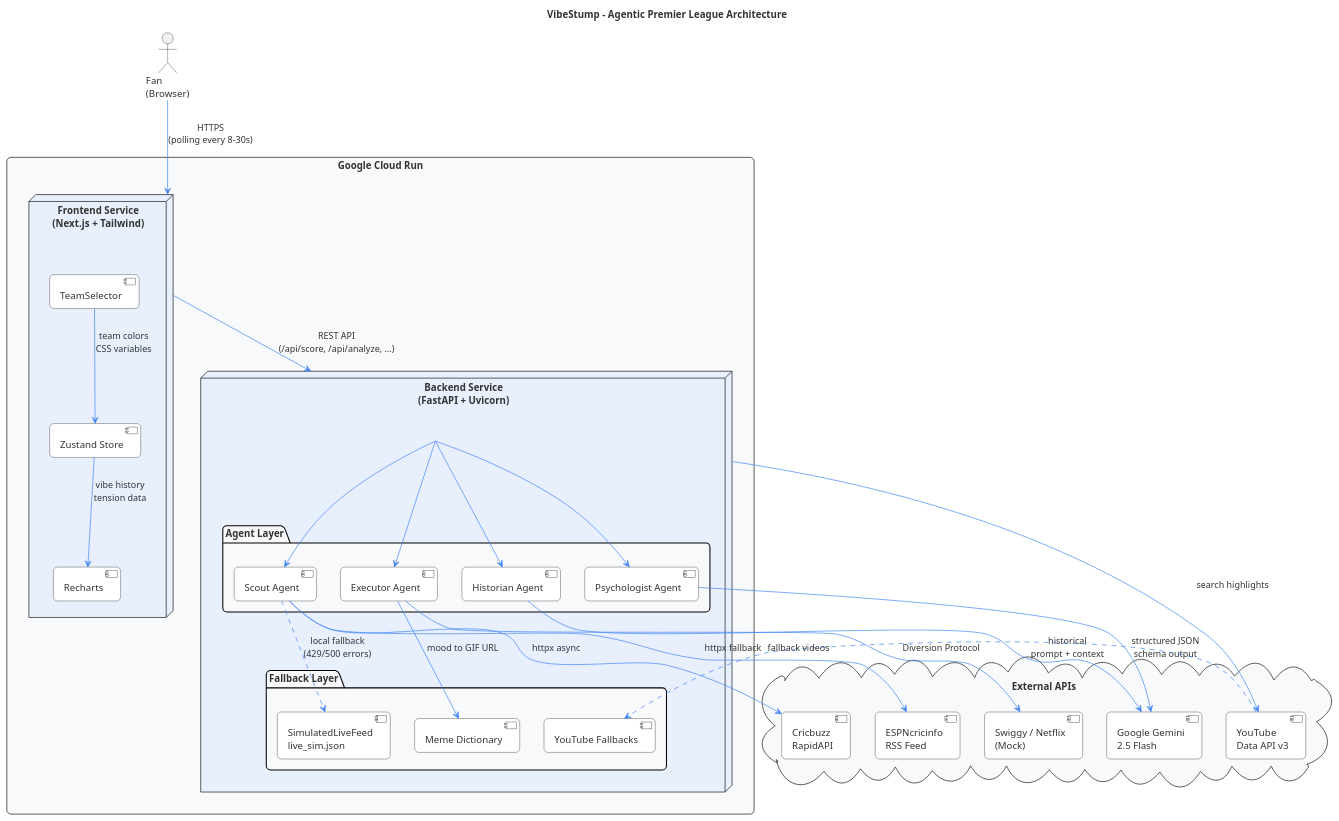
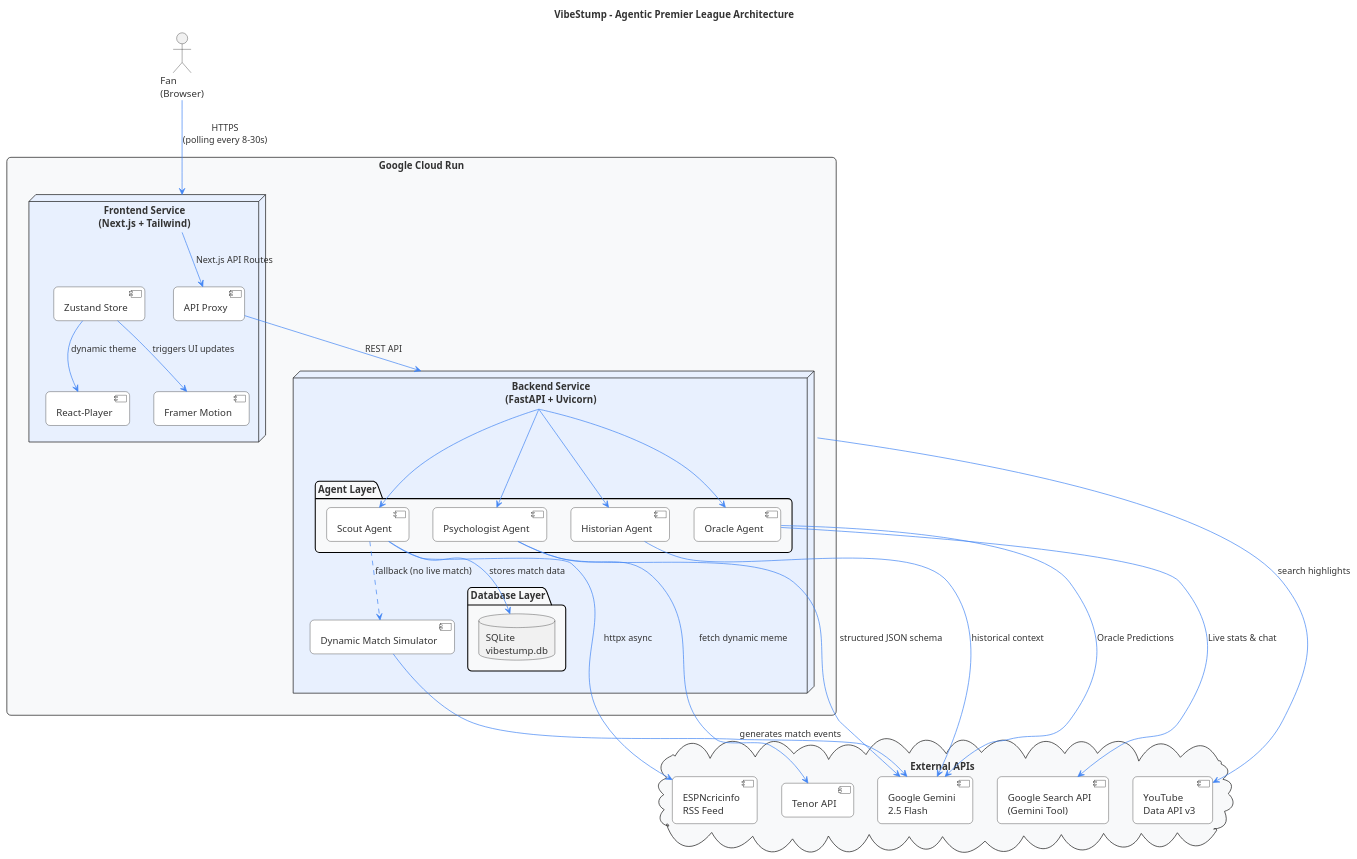
The diagram in architecture.puml (SundareshwaranSukumar/VibeStump), drawn with PlantUML before and after one commit. The commit also changed 9 other files, not shown here.

```diff
--- a/architecture.puml
+++ b/architecture.puml
@@ -1,74 +1,77 @@
 @startuml VibeStump_Architecture
 
 skinparam defaultFontName Arial
 skinparam roundcorner 12
 skinparam backgroundColor #FFFFFF
 skinparam defaultFontColor #333333
 skinparam packageBackgroundColor #F8F9FA
 skinparam nodeBackgroundColor #E8F0FE
 skinparam componentBackgroundColor #FFFFFF
 skinparam arrowColor #4285F4
 
 title VibeStump - Agentic Premier League Architecture
 
 actor "Fan\n(Browser)" as Fan
 
 rectangle "Google Cloud Run" {
 
   node "Frontend Service\n(Next.js + Tailwind)" as FE {
     [Zustand Store] as Store
-    [Recharts] as Charts
-    [TeamSelector] as Theme
+    [Framer Motion] as Animations
+    [React-Player] as Background
+    [API Proxy] as Proxy
   }
 
   node "Backend Service\n(FastAPI + Uvicorn)" as BE {
-
+    
     package "Agent Layer" {
       [Scout Agent] as Scout
       [Psychologist Agent] as Psych
       [Historian Agent] as Hist
-      [Executor Agent] as Exec
+      [Oracle Agent] as Oracle
     }
 
-    package "Fallback Layer" {
-      [SimulatedLiveFeed\nlive_sim.json] as Sim
-      [Meme Dictionary] as Memes
-      [YouTube Fallbacks] as YTFall
+    package "Database Layer" {
+      database "SQLite\nvibestump.db" as DB
     }
+    
+    [Dynamic Match Simulator] as Sim
   }
 }
 
 cloud "External APIs" {
-  [Cricbuzz\nRapidAPI] as Cricbuzz
   [ESPNcricinfo\nRSS Feed] as RSS
   [Google Gemini\n2.5 Flash] as Gemini
+  [Google Search API\n(Gemini Tool)] as GSearch
+  [Tenor API] as Tenor
   [YouTube\nData API v3] as YT
-  [Swiggy / Netflix\n(Mock)] as Mock
 }
 
 ' -- Data Flow --
 Fan --> FE : HTTPS\n(polling every 8-30s)
-FE --> BE : REST API\n(/api/score, /api/analyze, ...)
+FE --> Proxy : Next.js API Routes
+Proxy --> BE : REST API
 
 BE --> Scout
-Scout --> Cricbuzz : httpx async
-Scout --> RSS : httpx fallback
-Scout ..> Sim : local fallback\n(429/500 errors)
+Scout --> RSS : httpx async
+Scout ..> Sim : fallback (no live match)
+Sim --> Gemini : generates match events
+Scout --> DB : stores match data
 
 BE --> Psych
-Psych --> Gemini : structured JSON\nschema output
+Psych --> Gemini : structured JSON schema
+Psych --> Tenor : fetch dynamic meme
 
 BE --> Hist
-Hist --> Gemini : historical\nprompt + context
+Hist --> Gemini : historical context
 
-BE --> Exec
-Exec --> Memes : mood to GIF URL
-Exec --> Mock : Diversion Protocol
+BE --> Oracle
+Oracle --> Gemini : Oracle Predictions
+Oracle --> GSearch : Live stats & chat
 
 BE --> YT : search highlights
-YT ..> YTFall : fallback videos
 
-Store --> Charts : vibe history\ntension data
-Theme --> Store : team colors\nCSS variables
+Store --> Animations : triggers UI updates
+Store --> Background : dynamic theme
 
 @enduml
```
